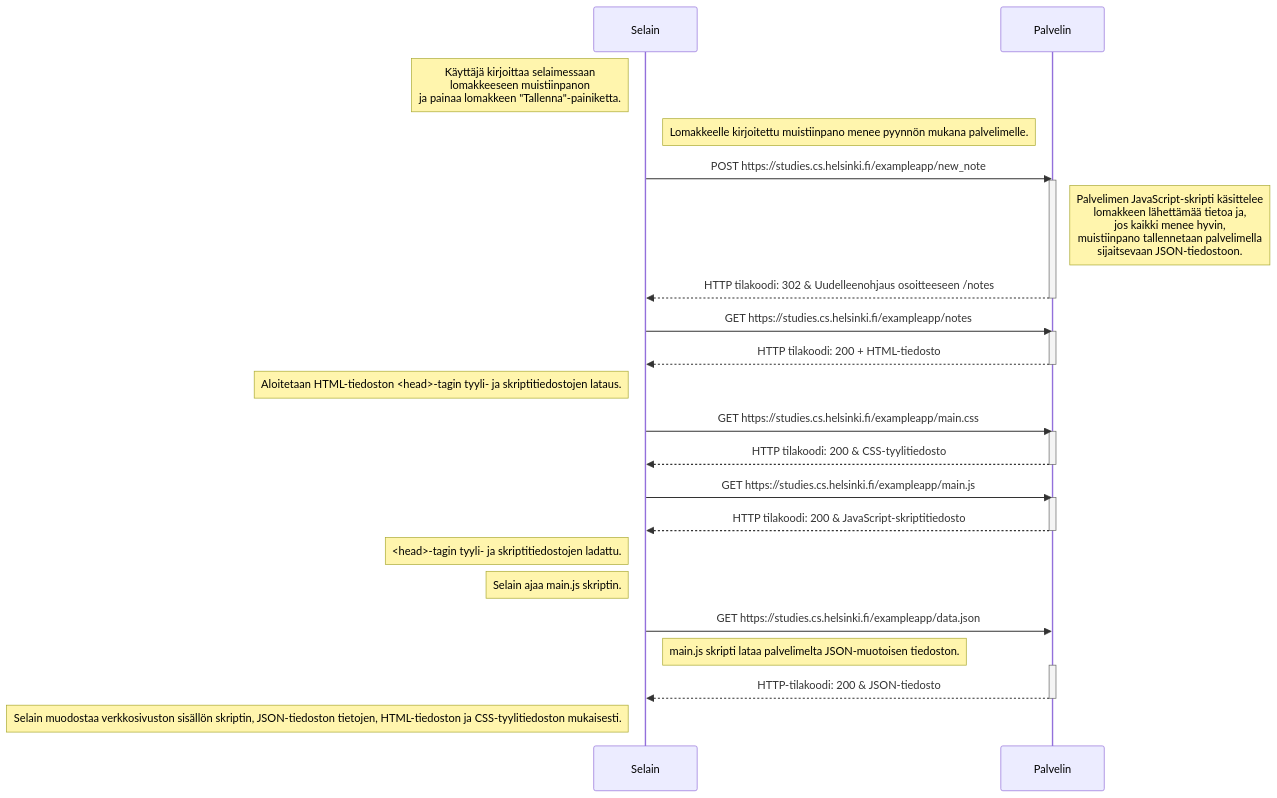
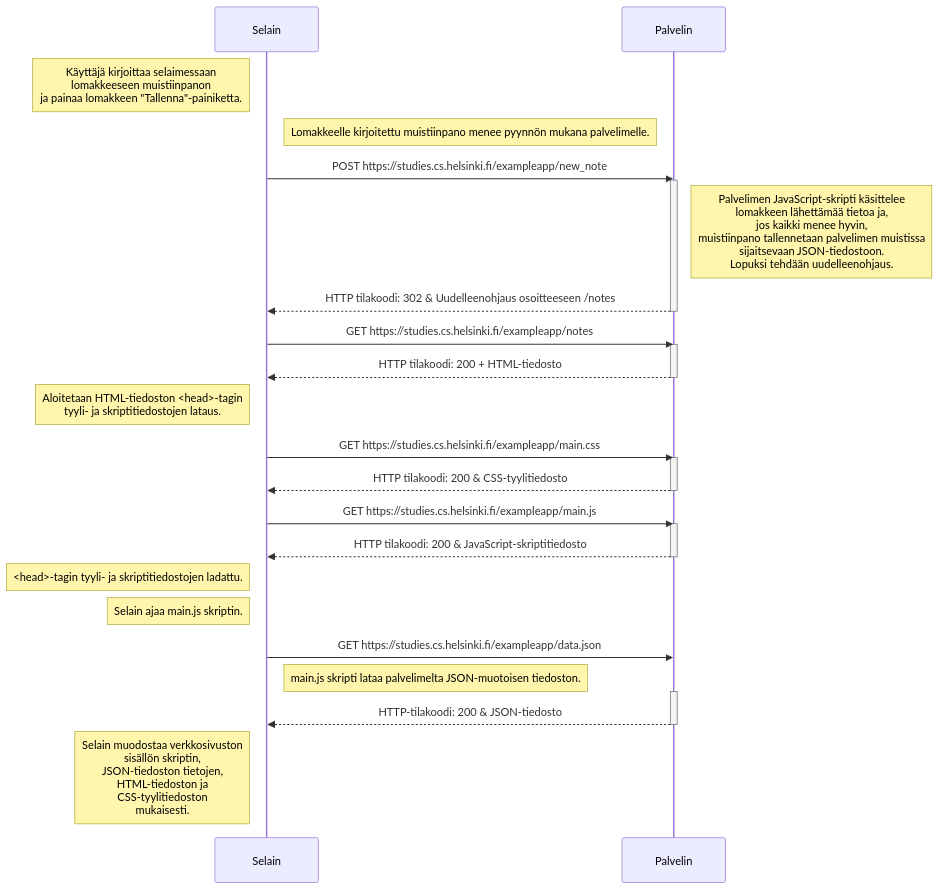
Before and after one commit to shamaanikala/FullStack-HY-k2023: the diagram in osa0/T0.4.md, drawn with Mermaid.

Commit message:
Viimeistellään vastausta

````diff
--- a/osa0/T0.4.md
+++ b/osa0/T0.4.md
@@ -1,43 +1,43 @@
 ```mermaid
 sequenceDiagram
     participant Selain
     participant Palvelin
     
     Note left of Selain: Käyttäjä kirjoittaa selaimessaan<br>lomakkeeseen muistiinpanon<br>ja painaa lomakkeen "Tallenna"-painiketta.
     
     Note right of Selain: Lomakkeelle kirjoitettu muistiinpano menee pyynnön mukana palvelimelle.
     Selain->>Palvelin: POST https://studies.cs.helsinki.fi/exampleapp/new_note
     activate Palvelin
-    Note right of Palvelin: Palvelimen JavaScript-skripti käsittelee<br>lomakkeen lähettämää tietoa ja,<br>jos kaikki menee hyvin,<br>muistiinpano tallennetaan palvelimella<br>sijaitsevaan JSON-tiedostoon.
+    Note right of Palvelin: Palvelimen JavaScript-skripti käsittelee<br>lomakkeen lähettämää tietoa ja,<br>jos kaikki menee hyvin,<br>muistiinpano tallennetaan palvelimen muistissa<br>sijaitsevaan JSON-tiedostoon.<br>Lopuksi tehdään uudelleenohjaus.
     Palvelin-->>Selain: HTTP tilakoodi: 302 & Uudelleenohjaus osoitteeseen /notes
     deactivate Palvelin
     
     Selain->>Palvelin: GET https://studies.cs.helsinki.fi/exampleapp/notes
     activate Palvelin
     Palvelin-->>Selain: HTTP tilakoodi: 200 + HTML-tiedosto
     deactivate Palvelin
     
-    Note left of Selain: Aloitetaan HTML-tiedoston <head>-tagin tyyli- ja skriptitiedostojen lataus.
+    Note left of Selain: Aloitetaan HTML-tiedoston <head>-tagin<br>tyyli- ja skriptitiedostojen lataus.
     
     Selain->>Palvelin: GET https://studies.cs.helsinki.fi/exampleapp/main.css
     activate Palvelin
     Palvelin-->>Selain: HTTP tilakoodi: 200 & CSS-tyylitiedosto
     deactivate Palvelin
     
     Selain->>Palvelin: GET https://studies.cs.helsinki.fi/exampleapp/main.js
     activate Palvelin
     Palvelin-->>Selain: HTTP tilakoodi: 200 & JavaScript-skriptitiedosto
     deactivate Palvelin
     
     Note left of Selain: <head>-tagin tyyli- ja skriptitiedostojen ladattu.
     
     Note left of Selain: Selain ajaa main.js skriptin.
     
     Selain->>Palvelin: GET https://studies.cs.helsinki.fi/exampleapp/data.json
     Note right of Selain: main.js skripti lataa palvelimelta JSON-muotoisen tiedoston.
     activate Palvelin
     Palvelin-->>Selain: HTTP-tilakoodi: 200 & JSON-tiedosto
     deactivate Palvelin
     
-    Note left of Selain: Selain muodostaa verkkosivuston sisällön skriptin, JSON-tiedoston tietojen, HTML-tiedoston ja CSS-tyylitiedoston mukaisesti.
+    Note left of Selain: Selain muodostaa verkkosivuston<br>sisällön skriptin,<br>JSON-tiedoston tietojen,<br>HTML-tiedoston ja<br>CSS-tyylitiedoston<br>mukaisesti.
 ```
````
